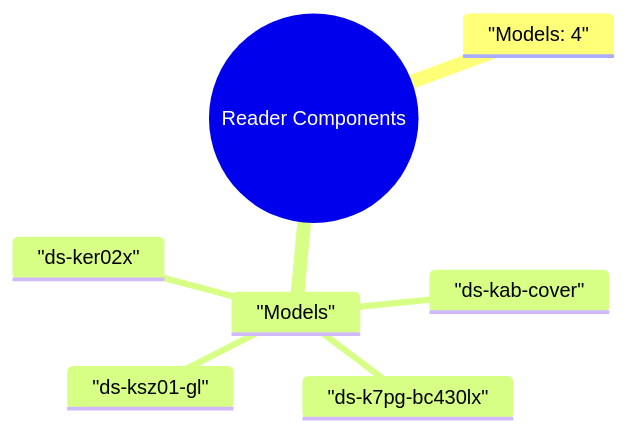
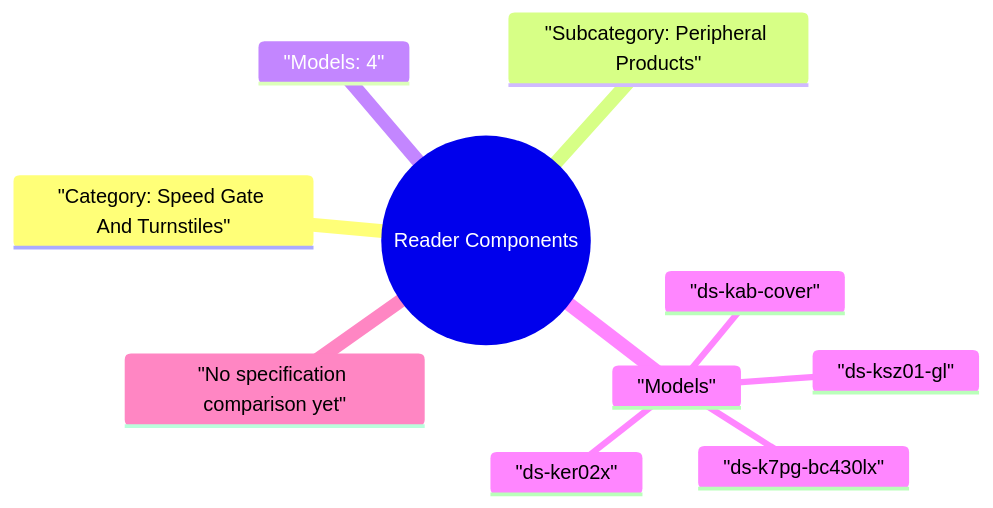
The diagram in site/mindmaps/en-speed-gate-and-turnstiles-peripheral-products-reader-components.mmd (123321step/hikvision-product-map), drawn with Mermaid before and after one commit. The commit also changed 647 other files, not shown here.

Commit message:
Rework mindmaps around product series differences

```diff
--- a/site/mindmaps/en-speed-gate-and-turnstiles-peripheral-products-reader-components.mmd
+++ b/site/mindmaps/en-speed-gate-and-turnstiles-peripheral-products-reader-components.mmd
@@ -1,8 +1,11 @@
 mindmap
   root(("Reader Components"))
+    "Category: Speed Gate And Turnstiles"
+    "Subcategory: Peripheral Products"
     "Models: 4"
     "Models"
       "ds-k7pg-bc430lx"
       "ds-kab-cover"
       "ds-ker02x"
       "ds-ksz01-gl"
+    "No specification comparison yet"
```
